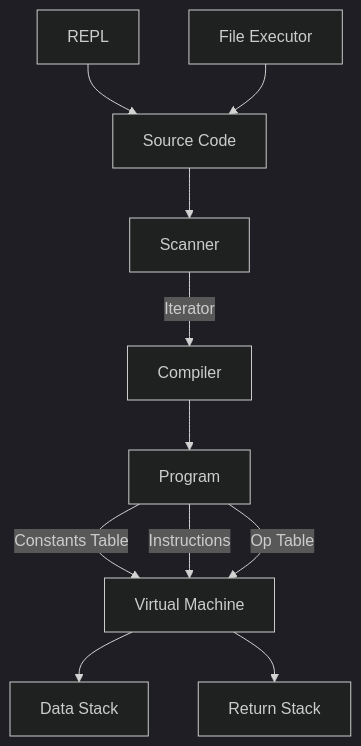
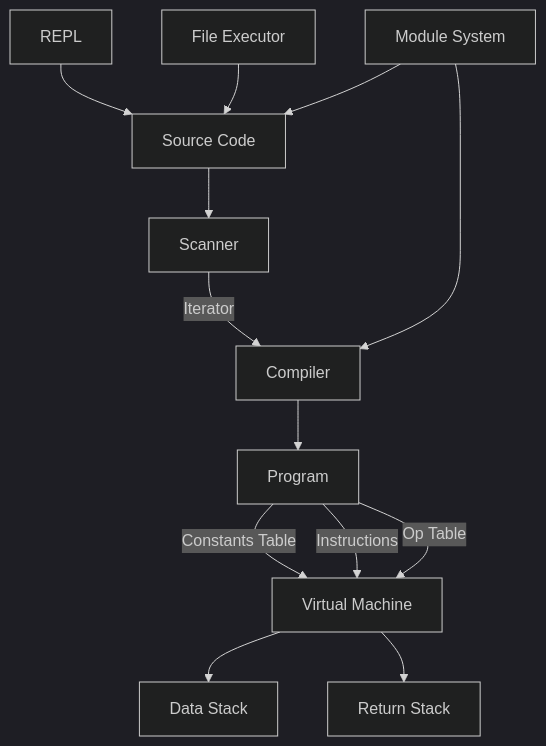
The diagram in cline_docs/system_patterns.md (erochest/tardi), drawn with Mermaid (dark theme) before and after one commit. The commit also changed other lines of this file and 2 other files, not shown here.

````diff
--- a/cline_docs/system_patterns.md
+++ b/cline_docs/system_patterns.md
@@ -37,13 +39,15 @@
 ```mermaid
 graph TD
     A[Source Code] --> B[Scanner]
     B --> |Iterator<Token>| C[Compiler]
     C --> D[Program]
     D --> |Constants Table| E[Virtual Machine]
     D --> |Instructions| E
     D --> |Op Table| E
     E --> F[Data Stack]
     E --> G[Return Stack]
     H[REPL] --> A
     I[File Executor] --> A
+    J[Module System] --> A
+    J --> C
 ```
````
